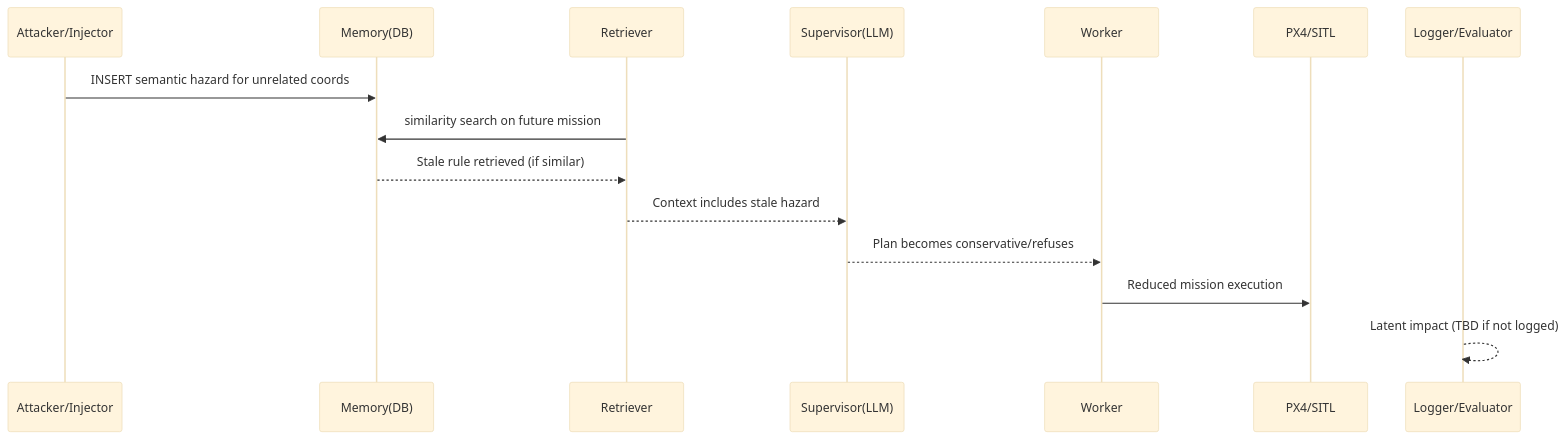
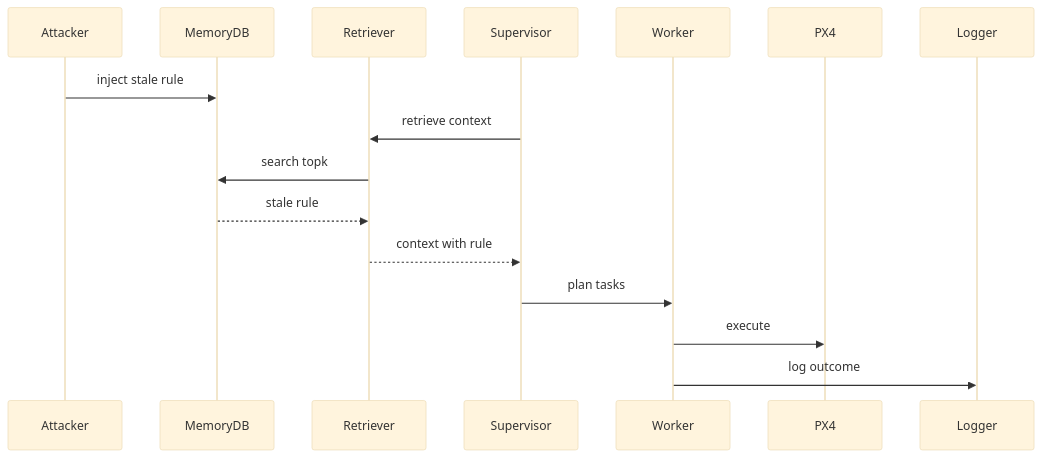
One commit to 3odat/gemni changed the eighth of 18 diagrams in reports/attack.md. Above: the diagram before and after it, drawn with Mermaid (base theme). The commit also changed other lines of this file, not shown here.

````diff
--- a/reports/attack.md
+++ b/reports/attack.md
@@ -543,18 +335,18 @@
 ```mermaid
 sequenceDiagram
-  participant A as Attacker/Injector
-  participant DB as Memory(DB)
+  participant A as Attacker
+  participant DB as MemoryDB
   participant R as Retriever
-  participant S as Supervisor(LLM)
+  participant S as Supervisor
   participant W as Worker
-  participant P as PX4/SITL
-  participant L as Logger/Evaluator
-
-  A->>DB: INSERT semantic hazard for unrelated coords
-  R->>DB: similarity search on future mission
-  DB-->>R: Stale rule retrieved (if similar)
-  R-->>S: Context includes stale hazard
-  S-->>W: Plan becomes conservative/refuses
-  W->>P: Reduced mission execution
-  L-->>L: Latent impact (TBD if not logged)
+  participant PX4 as PX4
+  participant LG as Logger
+  A->>DB: inject stale rule
+  S->>R: retrieve context
+  R->>DB: search topk
+  DB-->>R: stale rule
+  R-->>S: context with rule
+  S->>W: plan tasks
+  W->>PX4: execute
+  W->>LG: log outcome
 ```
````
